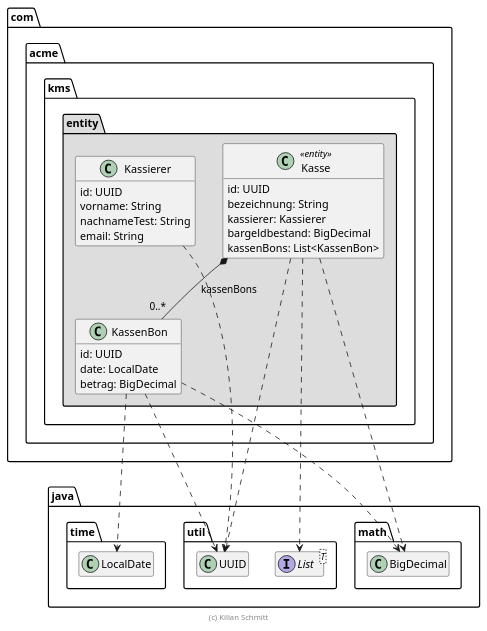
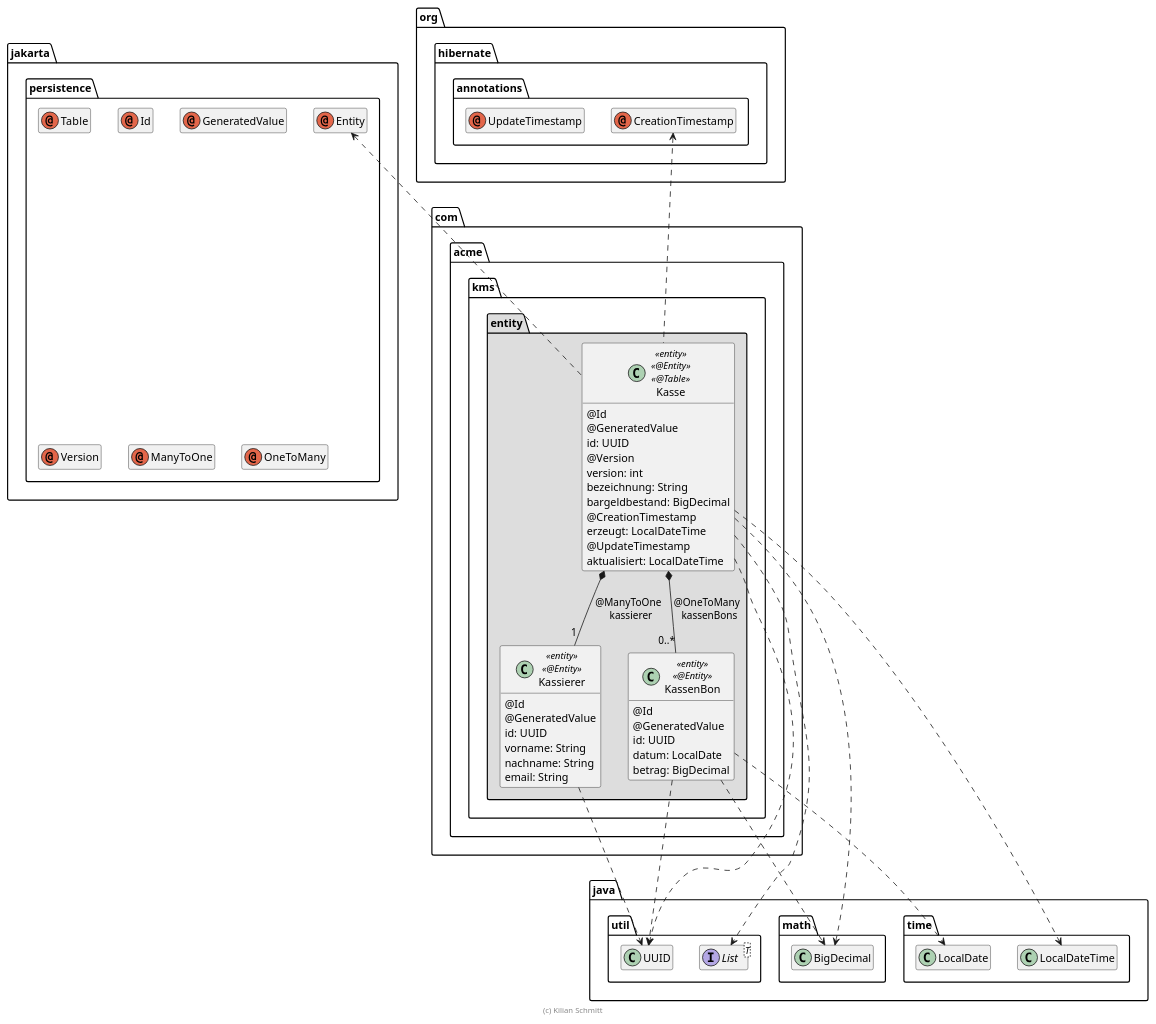
One commit to KilianSchmitt/kassen-managment-system changed the diagram in extras/doc/Kasse.plantuml. Above: the diagram before and after it, drawn with PlantUML. The commit also changed 19 other files, not shown here.

```diff
--- a/extras/doc/Kasse.plantuml
+++ b/extras/doc/Kasse.plantuml
@@ -1,54 +1,84 @@
 @startuml Kasse
 skinparam classAttributeIconSize 0
 
 package java {
     package util {
         class UUID
         interface List<T>
     }
     package math {
         class BigDecimal
     }
     package time {
         class LocalDate
+        class LocalDateTime
     }
 }
 
+package jakarta.persistence {
+    annotation Entity
+    annotation Table
+    annotation Id
+    annotation GeneratedValue
+    annotation Version
+    annotation ManyToOne
+    annotation OneToMany
+}
+
+package org.hibernate.annotations {
+    annotation CreationTimestamp
+    annotation UpdateTimestamp
+}
+
 package com.acme.kms.entity #DDDDDD {
-    class Kasse <<entity>> {
+    class Kasse << entity >> << @Entity >> << @Table >> {
+        @Id
+        @GeneratedValue
         id: UUID
+        @Version
+        version: int
         bezeichnung: String
-        kassierer: Kassierer
         bargeldbestand: BigDecimal
-        kassenBons: List<KassenBon>
+        @CreationTimestamp
+        erzeugt: LocalDateTime
+        @UpdateTimestamp
+        aktualisiert: LocalDateTime
     }
 
-    class Kassierer {
+    class Kassierer << entity >> << @Entity >> {
+        @Id
+        @GeneratedValue
         id: UUID
         vorname: String
-        nachnameTest: String
+        nachname: String
         email: String
     }
 
-    class KassenBon {
+    class KassenBon << entity >> << @Entity >> {
+        @Id
+        @GeneratedValue
         id: UUID
-        date: LocalDate
+        datum: LocalDate
         betrag: BigDecimal
     }
 
-    Kasse *-- "0..*" KassenBon : kassenBons
+    Kasse *-- "1" Kassierer : @ManyToOne \n kassierer
+    Kasse *-- "0..*" KassenBon : @OneToMany \n kassenBons
 
     Kasse ..> UUID
     Kasse ..> BigDecimal
     Kasse ..> List
+    Kasse ..> LocalDateTime
+    Kasse .up.> Entity
+    Kasse .up.> CreationTimestamp
 
     Kassierer ..> UUID
     KassenBon ..> UUID
     KassenBon ..> LocalDate
     KassenBon ..> BigDecimal
 }
 
 hide empty members
 
 footer (c) Kilian Schmitt
 @enduml
```
